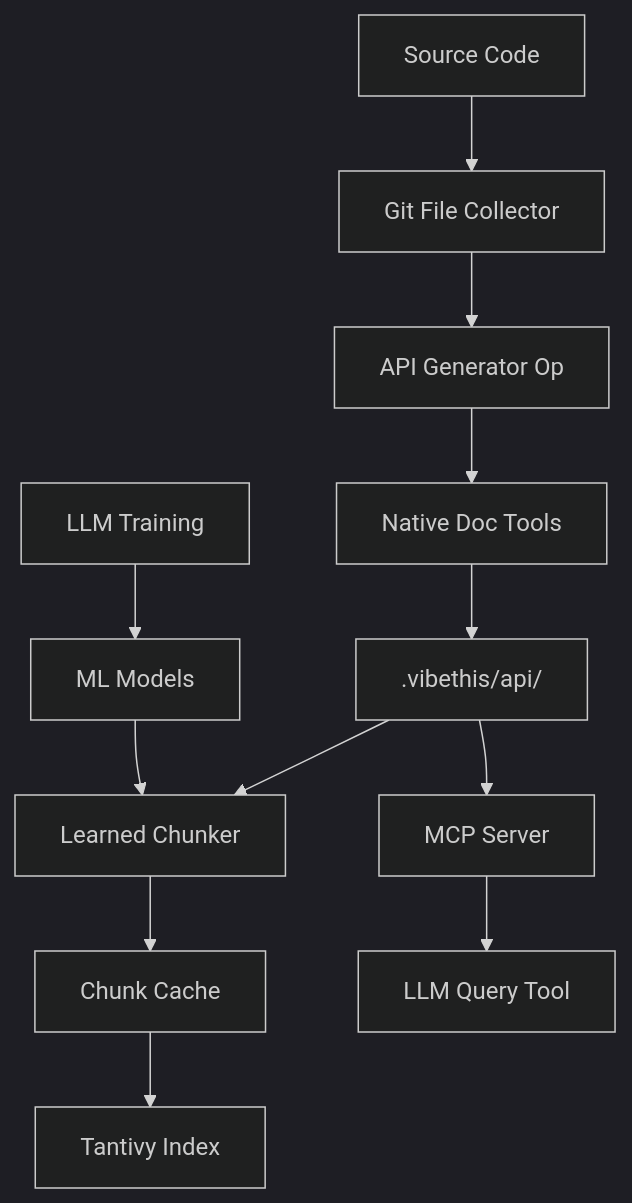
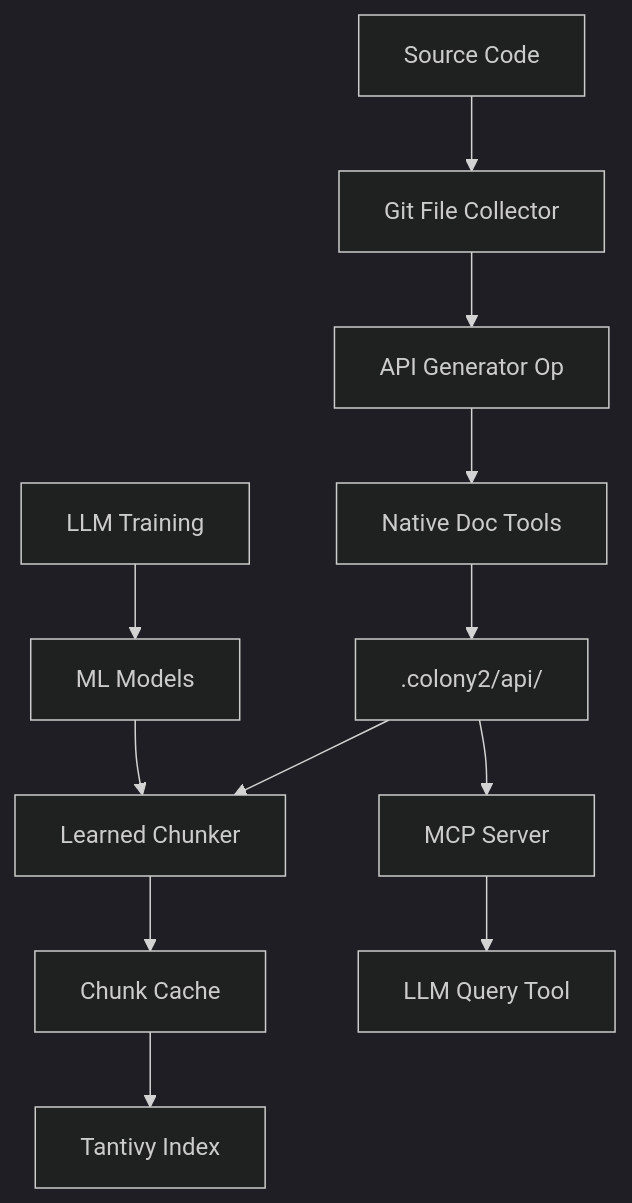
The diagram in .vibethis/specs/unified-api-documentation-spec.md (colony-2/cortex), drawn with Mermaid (dark theme) before and after one commit. The commit also changed other lines of this file and 342 other files, not shown here.

````diff
--- a/.vibethis/specs/unified-api-documentation-spec.md
+++ b/.vibethis/specs/unified-api-documentation-spec.md
@@ -30,17 +30,17 @@
 ```mermaid
 graph TD
     A[Source Code] --> B[Git File Collector]
     B --> C[API Generator Op]
     C --> D[Native Doc Tools]
-    D --> E[.vibethis/api/]
+    D --> E[.colony2/api/]
     
     E --> F[Learned Chunker]
     F --> G[Chunk Cache]
     G --> H[Tantivy Index]
     
     E --> I[MCP Server]
     I --> J[LLM Query Tool]
     
     K[LLM Training] --> L[ML Models]
     L --> F
 ```
````
